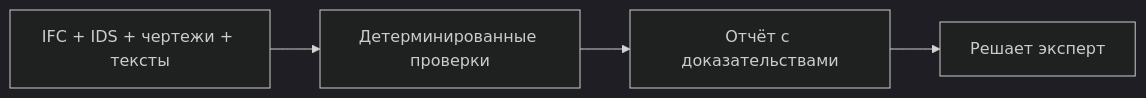
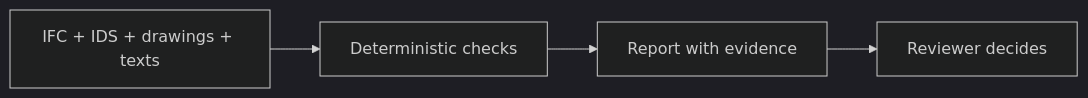
Before and after one commit to KonkovDV/AeroBIM: the diagram in README.md, drawn with Mermaid (dark theme). The commit also changed other lines of this file and 2 other files, not shown here.

````diff
--- a/README.md
+++ b/README.md
@@ -142,6 +144,6 @@
 ```mermaid
 flowchart LR
-  pack["IFC + IDS + чертежи + тексты"] --> checks["Детерминированные проверки"]
-  checks --> report["Отчёт с доказательствами"]
-  report --> reviewer["Решает эксперт"]
+  pack["IFC + IDS + drawings + texts"] --> checks["Deterministic checks"]
+  checks --> report["Report with evidence"]
+  report --> reviewer["Reviewer decides"]
 ```
````
